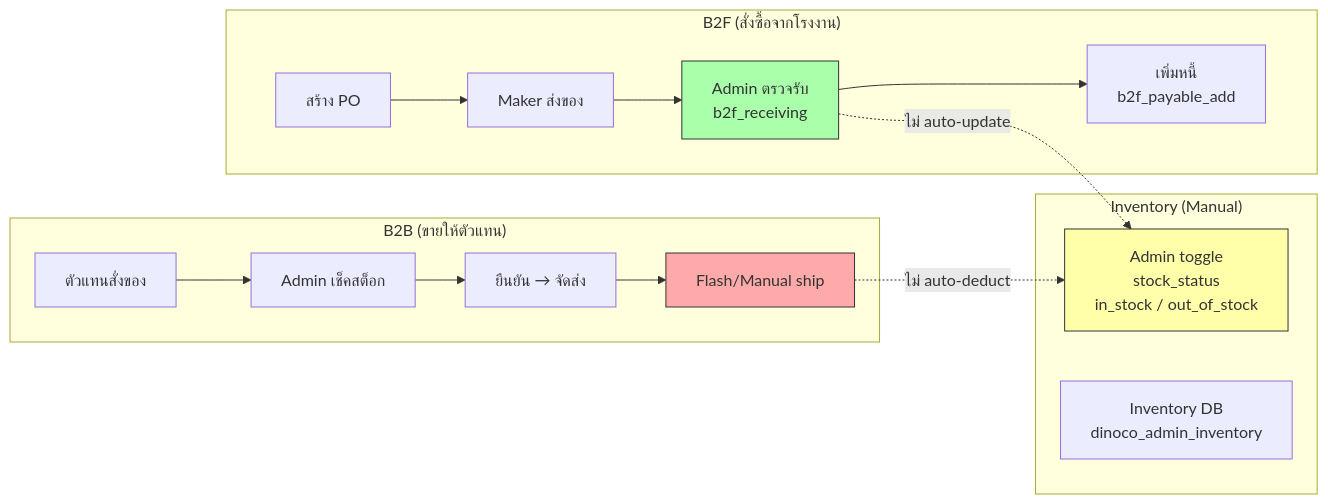
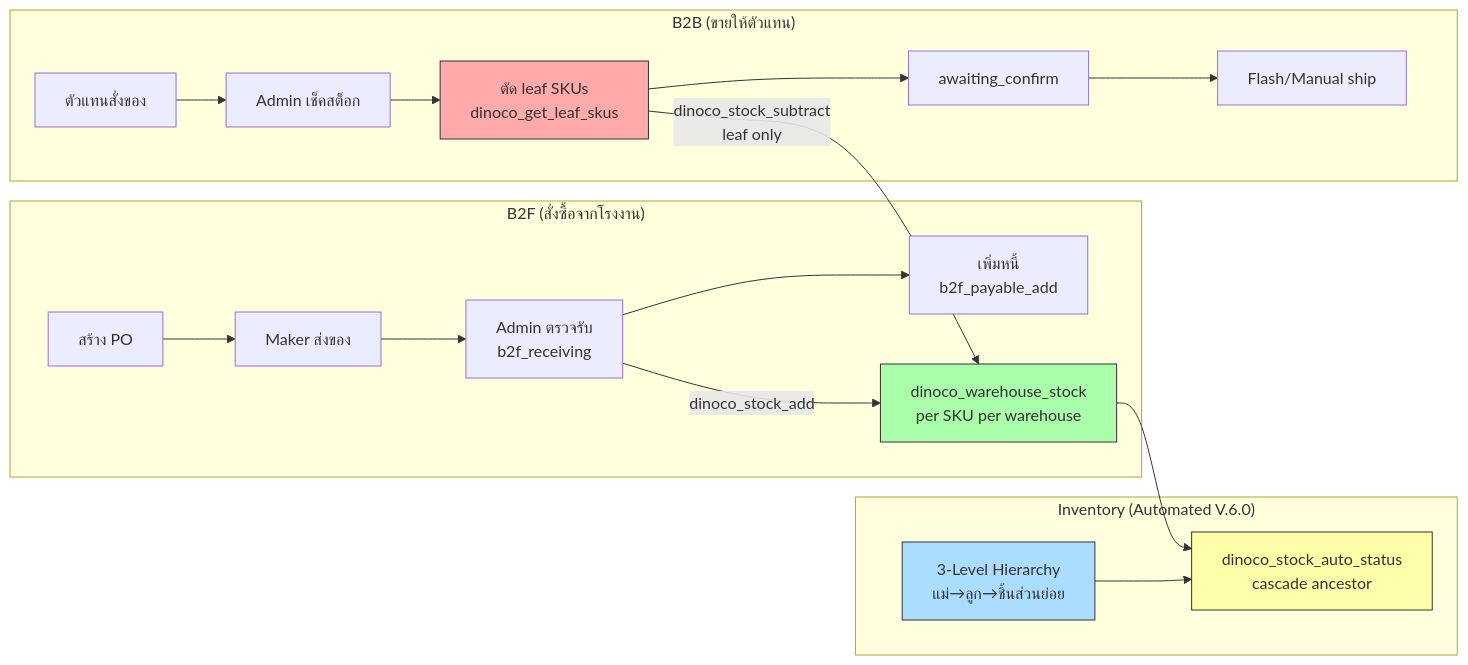
One commit to Vrprammz/DINOCO-SYSTEM-Front-End---Back-End changed the eighth of 11 diagrams in SYSTEM-REFERENCE.md. Above: the diagram before and after it, drawn with Mermaid. The commit also changed other lines of this file and 1 other file, not shown here.

First line of the commit message:
docs: update reference docs for 3-Level Product Hierarchy V.6.0

````diff
--- a/SYSTEM-REFERENCE.md
+++ b/SYSTEM-REFERENCE.md
@@ -1122,26 +1147,31 @@
 ```mermaid
 graph LR
     subgraph "B2F (สั่งซื้อจากโรงงาน)"
         PO[สร้าง PO] --> MAKER_DELIVER[Maker ส่งของ]
         MAKER_DELIVER --> RECEIVE[Admin ตรวจรับ<br>b2f_receiving]
         RECEIVE --> CREDIT[เพิ่มหนี้<br>b2f_payable_add]
+        RECEIVE -->|dinoco_stock_add| STOCK_DB
     end
 
-    subgraph "Inventory (Manual)"
-        STOCK_TOGGLE[Admin toggle<br>stock_status<br>in_stock / out_of_stock]
-        INV_DB[Inventory DB<br>dinoco_admin_inventory]
+    subgraph "Inventory (Automated V.6.0)"
+        STOCK_DB[dinoco_warehouse_stock<br>per SKU per warehouse]
+        HIERARCHY[3-Level Hierarchy<br>แม่→ลูก→ชิ้นส่วนย่อย]
+        AUTO_STATUS[dinoco_stock_auto_status<br>cascade ancestor]
+        STOCK_DB --> AUTO_STATUS
+        HIERARCHY --> AUTO_STATUS
     end
 
     subgraph "B2B (ขายให้ตัวแทน)"
         ORDER[ตัวแทนสั่งของ] --> CHECK[Admin เช็คสต็อก]
-        CHECK --> CONFIRM[ยืนยัน → จัดส่ง]
+        CHECK --> DEDUCT[ตัด leaf SKUs<br>dinoco_get_leaf_skus]
+        DEDUCT --> CONFIRM[awaiting_confirm]
         CONFIRM --> SHIP[Flash/Manual ship]
     end
 
-    RECEIVE -.->|ไม่ auto-update| STOCK_TOGGLE
-    SHIP -.->|ไม่ auto-deduct| STOCK_TOGGLE
+    DEDUCT -->|dinoco_stock_subtract<br>leaf only| STOCK_DB
 
-    style STOCK_TOGGLE fill:#ffa,stroke:#333
-    style RECEIVE fill:#afa,stroke:#333
-    style SHIP fill:#faa,stroke:#333
+    style STOCK_DB fill:#afa,stroke:#333
+    style HIERARCHY fill:#adf,stroke:#333
+    style DEDUCT fill:#faa,stroke:#333
+    style AUTO_STATUS fill:#ffa,stroke:#333
 ```
````
